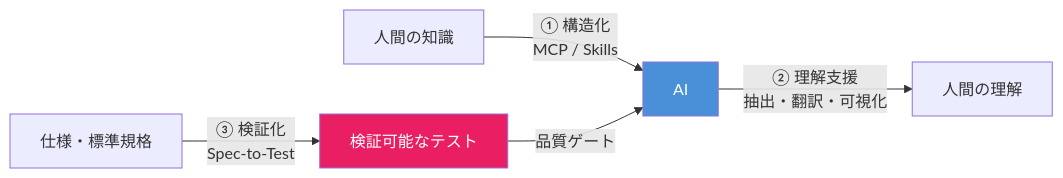
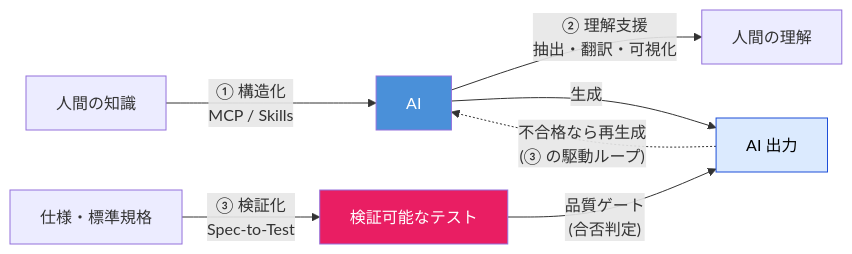
One commit to shuji-bonji/ai-agent-architecture changed the fourth of 7 diagrams in docs/ja/concepts/01-vision.md. Above: the diagram before and after it, drawn with Mermaid. The commit also changed other lines of this file and 5 other files, not shown here.

````diff
--- a/docs/ja/concepts/01-vision.md
+++ b/docs/ja/concepts/01-vision.md
@@ -172,16 +186,20 @@
 ```mermaid
 flowchart LR
     Human["人間の知識"]
+    Spec["仕様・標準規格"]
     AI["AI"]
     Understanding["人間の理解"]
-    Spec["仕様・標準規格"]
+    Output["AI 出力"]
     Test["検証可能なテスト"]
 
-    Human -->|"① 構造化<br>MCP / Skills"| AI
-    AI -->|"② 理解支援<br>抽出・翻訳・可視化"| Understanding
-    Spec -->|"③ 検証化<br>Spec-to-Test"| Test
-    Test -->|"品質ゲート"| AI
+    Human -->|"① 構造化<br/>MCP / Skills"| AI
+    AI -->|"② 理解支援<br/>抽出・翻訳・可視化"| Understanding
+    Spec -->|"③ 検証化<br/>Spec-to-Test"| Test
+    AI -->|"生成"| Output
+    Test -->|"品質ゲート<br/>(合否判定)"| Output
+    Output -.->|"不合格なら再生成<br/>(③ の駆動ループ)"| AI
 
     style AI fill:#4a90d9,color:#fff
     style Test fill:#e91e63,color:#fff
+    style Output fill:#dbeafe,stroke:#1d4ed8,color:#000
 ```
````
